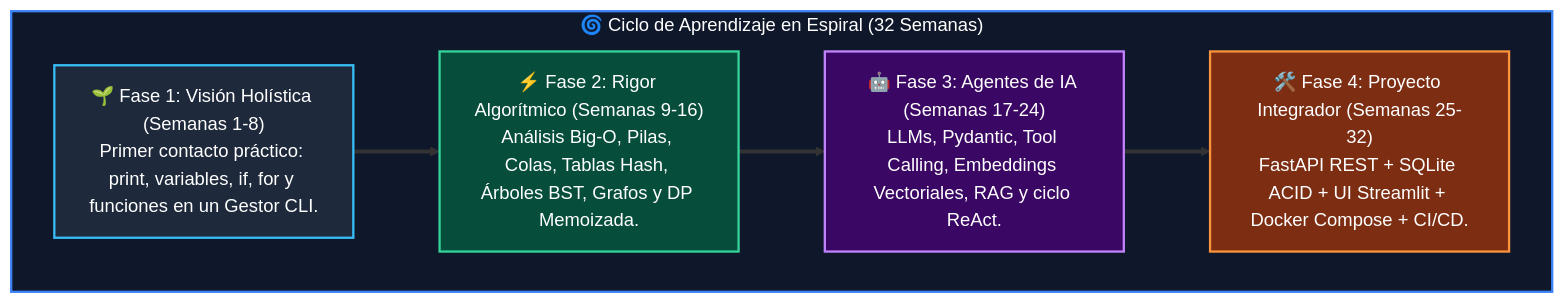
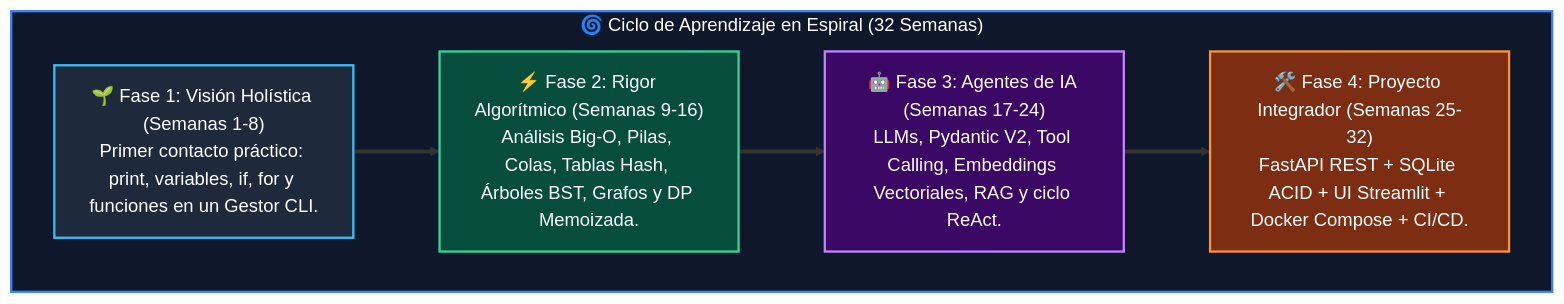
Before and after one commit to wisrovi/wisrovi-python: the diagram in docs/index.md, drawn with Mermaid. The commit also changed other lines of this file and 52 other files, not shown here.

````diff
--- a/docs/index.md
+++ b/docs/index.md
@@ -43,18 +73,18 @@
 ```mermaid
 flowchart TD
     subgraph Espiral["🌀 Ciclo de Aprendizaje en Espiral (32 Semanas)"]
         F1["🌱 Fase 1: Visión Holística (Semanas 1-8)<br/>Primer contacto práctico: print, variables, if, for y funciones en un Gestor CLI."]
         F2["⚡ Fase 2: Rigor Algorítmico (Semanas 9-16)<br/>Análisis Big-O, Pilas, Colas, Tablas Hash, Árboles BST, Grafos y DP Memoizada."]
-        F3["🤖 Fase 3: Agentes de IA (Semanas 17-24)<br/>LLMs, Pydantic, Tool Calling, Embeddings Vectoriales, RAG y ciclo ReAct."]
+        F3["🤖 Fase 3: Agentes de IA (Semanas 17-24)<br/>LLMs, Pydantic V2, Tool Calling, Embeddings Vectoriales, RAG y ciclo ReAct."]
         F4["🛠️ Fase 4: Proyecto Integrador (Semanas 25-32)<br/>FastAPI REST + SQLite ACID + UI Streamlit + Docker Compose + CI/CD."]
         F1 ==> F2
         F2 ==> F3
         F3 ==> F4
     end
 
     style Espiral fill:#0f172a,stroke:#3b82f6,stroke-width:2px,color:#ffffff
     style F1 fill:#1e293b,stroke:#38bdf8,stroke-width:2px,color:#ffffff
     style F2 fill:#064e3b,stroke:#34d399,stroke-width:2px,color:#ffffff
     style F3 fill:#3b0764,stroke:#c084fc,stroke-width:2px,color:#ffffff
     style F4 fill:#7c2d12,stroke:#fb923c,stroke-width:2px,color:#ffffff
 ```
````
